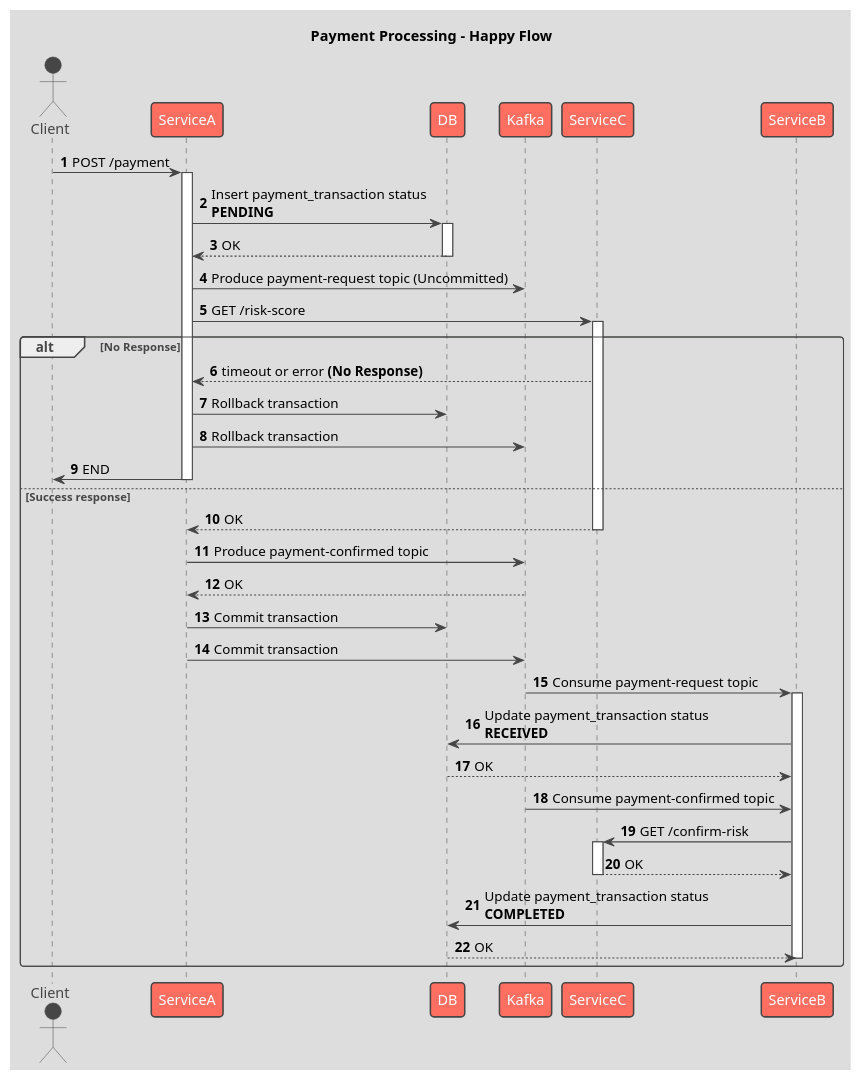
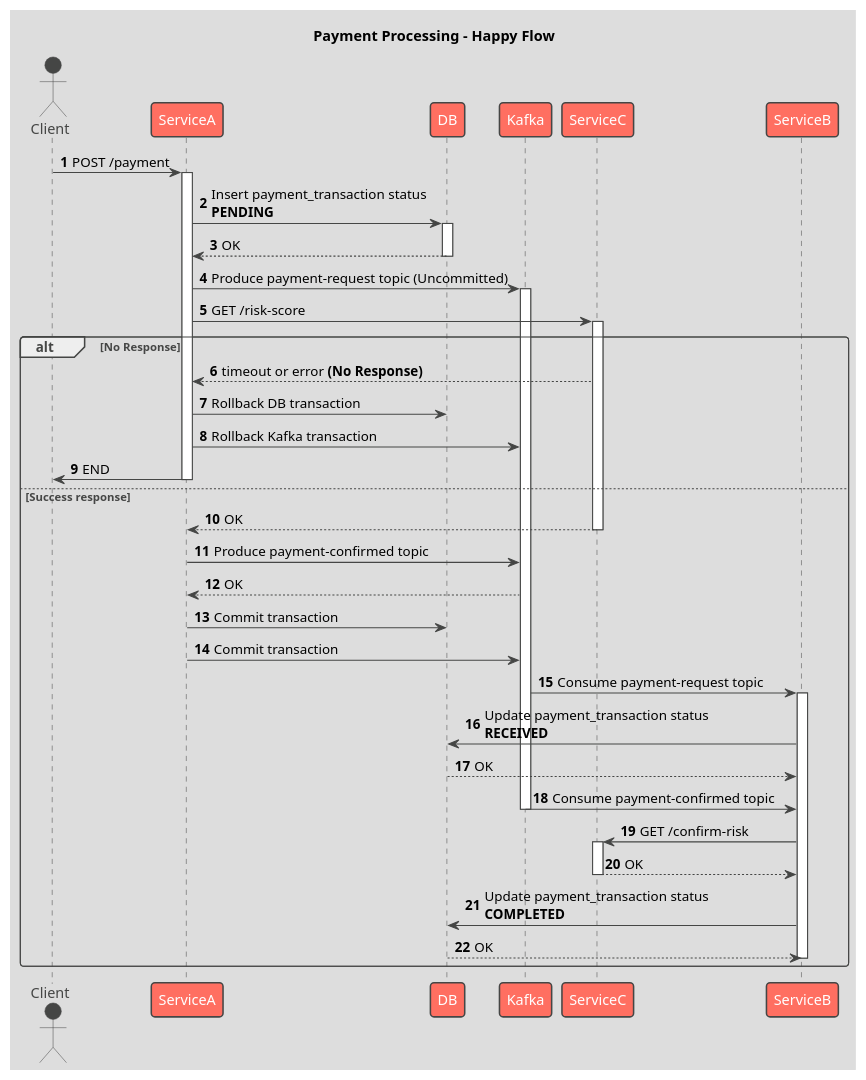
Before and after one commit to norulshahlam/spring-boot-kafka-tutorials: the diagram in library-service-producer/src/main/resources/happy-flow.plantuml, drawn with PlantUML.

Commit message:
transactions in db

```diff
--- a/library-service-producer/src/main/resources/happy-flow.plantuml
+++ b/library-service-producer/src/main/resources/happy-flow.plantuml
@@ -1,50 +1,51 @@
 @startuml
 !theme toy
 title Payment Processing - Happy Flow
 autonumber
 actor Client
 
 Client -> ServiceA: POST /payment
 activate ServiceA
 
 ServiceA -> DB++: Insert payment_transaction status \n<b>PENDING</b>
 DB --> ServiceA--: OK
 
-ServiceA -> Kafka: Produce payment-request topic (Uncommitted)
+ServiceA -> Kafka++: Produce payment-request topic (Uncommitted)
 
 ServiceA -> ServiceC: GET /risk-score
 alt No Response
     activate ServiceC
     ServiceC --> ServiceA: timeout or error <b>(No Response)</b>
-    ServiceA -> DB: Rollback transaction
-    ServiceA -> Kafka: Rollback transaction
+    ServiceA -> DB: Rollback DB transaction
+    ServiceA -> Kafka: Rollback Kafka transaction
     ServiceA -> Client: END
     deactivate ServiceA
 else Success response
     ServiceC --> ServiceA: OK
     deactivate ServiceC
 
     ServiceA -> Kafka: Produce payment-confirmed topic
     Kafka --> ServiceA: OK
 
     ServiceA -> DB: Commit transaction
     ServiceA -> Kafka: Commit transaction
     deactivate ServiceA
 
     Kafka -> ServiceB: Consume payment-request topic
     activate ServiceB
     ServiceB -> DB: Update payment_transaction status \n<b>RECEIVED</b>
     DB --> ServiceB: OK
 
     Kafka -> ServiceB: Consume payment-confirmed topic
+    deactivate Kafka
     ServiceB -> ServiceC: GET /confirm-risk
     activate ServiceC
     ServiceC --> ServiceB: OK
     deactivate ServiceC
 
     ServiceB -> DB: Update payment_transaction status \n<b>COMPLETED</b>
     DB --> ServiceB: OK
     deactivate ServiceB
 
 end
 @enduml
```
